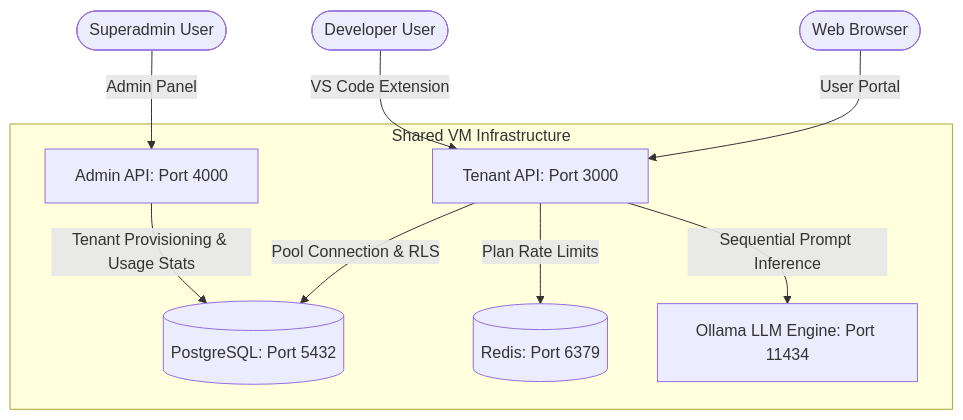
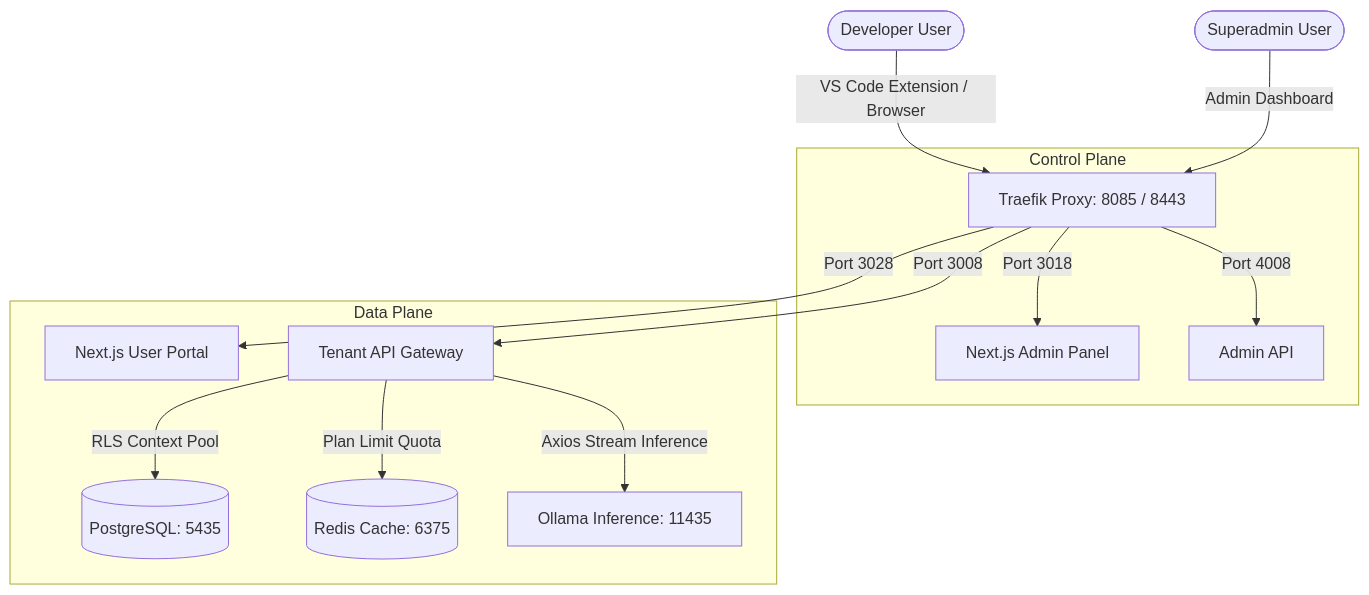
One commit to ashishtomarnet123-oss/harikson changed the first of 4 diagrams in README.md. Above: the diagram before and after it, drawn with Mermaid. The commit also changed other lines of this file and 1 other file, not shown here.

````diff
--- a/README.md
+++ b/README.md
@@ -9,14 +68,19 @@
 ```mermaid
 graph TD
-    User([Developer User]) -->|VS Code Extension| API[Tenant API: Port 3000]
-    Browser([Web Browser]) -->|User Portal| API
-    Admin([Superadmin User]) -->|Admin Panel| AdminAPI[Admin API: Port 4000]
+    User([Developer User]) -->|VS Code Extension / Browser| Proxy[Traefik Proxy: 8085 / 8443]
+    Admin([Superadmin User]) -->|Admin Dashboard| Proxy
     
-    subgraph Shared VM Infrastructure
-        API -->|Pool Connection & RLS| DB[(PostgreSQL: Port 5432)]
-        API -->|Plan Rate Limits| Redis[(Redis: Port 6379)]
-        API -->|Sequential Prompt Inference| Ollama[Ollama LLM Engine: Port 11434]
+    subgraph Control Plane
+        Proxy -->|Port 3018| AdminPanel[Next.js Admin Panel]
+        Proxy -->|Port 4008| AdminAPI[Admin API]
+    end
+    
+    subgraph Data Plane
+        Proxy -->|Port 3028| UserPortal[Next.js User Portal]
+        Proxy -->|Port 3008| TenantAPI[Tenant API Gateway]
         
-        AdminAPI -->|Tenant Provisioning & Usage Stats| DB
+        TenantAPI -->|RLS Context Pool| Postgres[(PostgreSQL: 5435)]
+        TenantAPI -->|Plan Limit Quota| Redis[(Redis Cache: 6375)]
+        TenantAPI -->|Axios Stream Inference| Ollama[Ollama Inference: 11435]
     end
 ```
````
